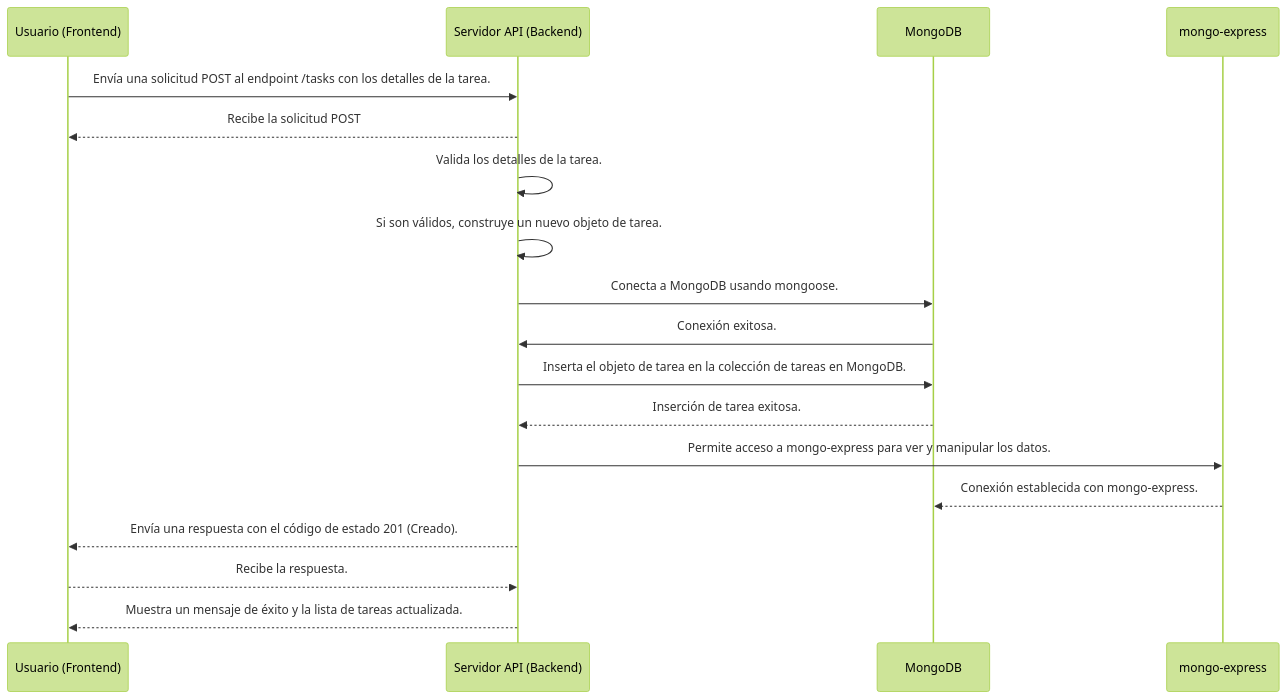
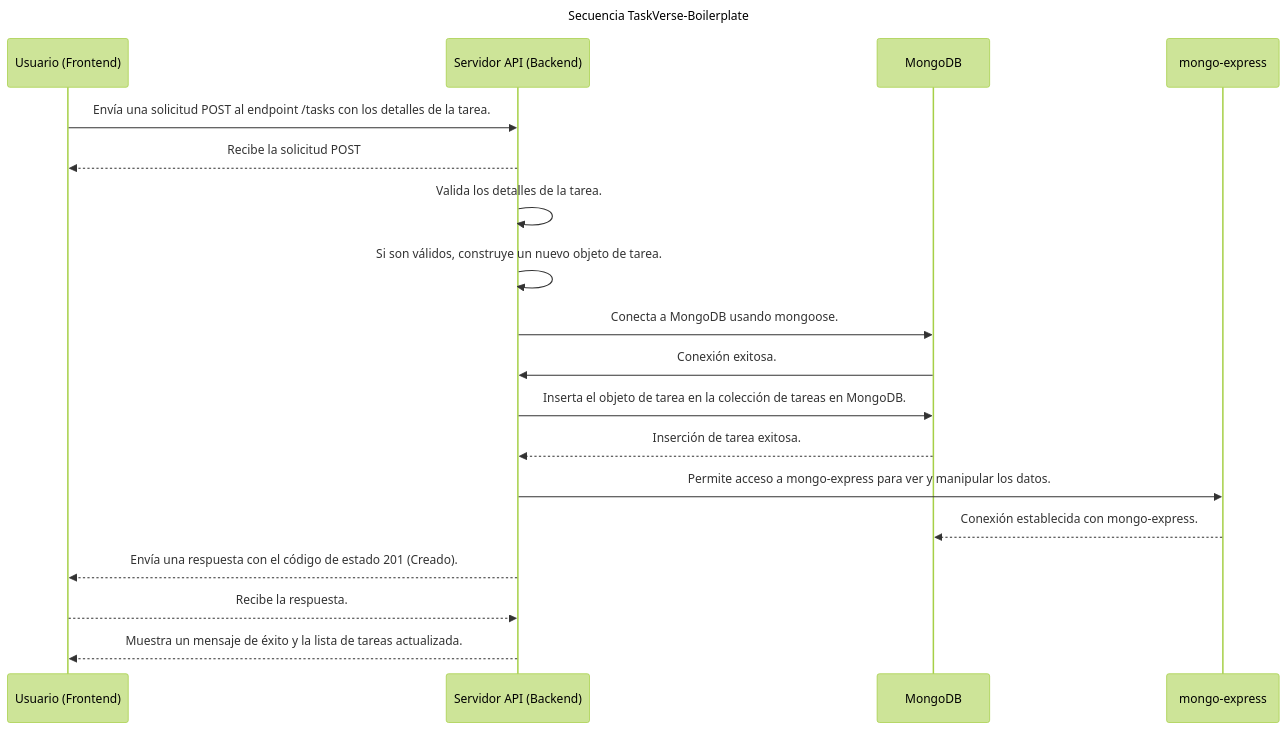
The diagram in README.md (clvsick/TaskVerse-Boilerplate), drawn with Mermaid (forest theme) before and after one commit.

Commit message:
:wrench: Update

````diff
--- a/README.md
+++ b/README.md
@@ -16,25 +14,27 @@
 ```mermaid
 sequenceDiagram
+    title: Secuencia TaskVerse-Boilerplate
+
     participant Usuario as Usuario (Frontend)
     participant API as Servidor API (Backend)
     participant MongoDB as MongoDB
     participant MongoExpress as mongo-express
 
     Usuario ->> API: Envía una solicitud POST al endpoint /tasks con los detalles de la tarea.
     API -->> Usuario: Recibe la solicitud POST
 
     API ->> API: Valida los detalles de la tarea.
     API ->> API: Si son válidos, construye un nuevo objeto de tarea.
     API ->> MongoDB: Conecta a MongoDB usando mongoose.
     MongoDB ->> API: Conexión exitosa.
     API ->> MongoDB: Inserta el objeto de tarea en la colección de tareas en MongoDB.
     MongoDB -->> API: Inserción de tarea exitosa.
 
     API ->> MongoExpress: Permite acceso a mongo-express para ver y manipular los datos.
     MongoExpress -->> MongoDB: Conexión establecida con mongo-express.
 
     API -->> Usuario: Envía una respuesta con el código de estado 201 (Creado).
 
     Usuario -->> API: Recibe la respuesta.
     API -->> Usuario: Muestra un mensaje de éxito y la lista de tareas actualizada.
 ```
````
